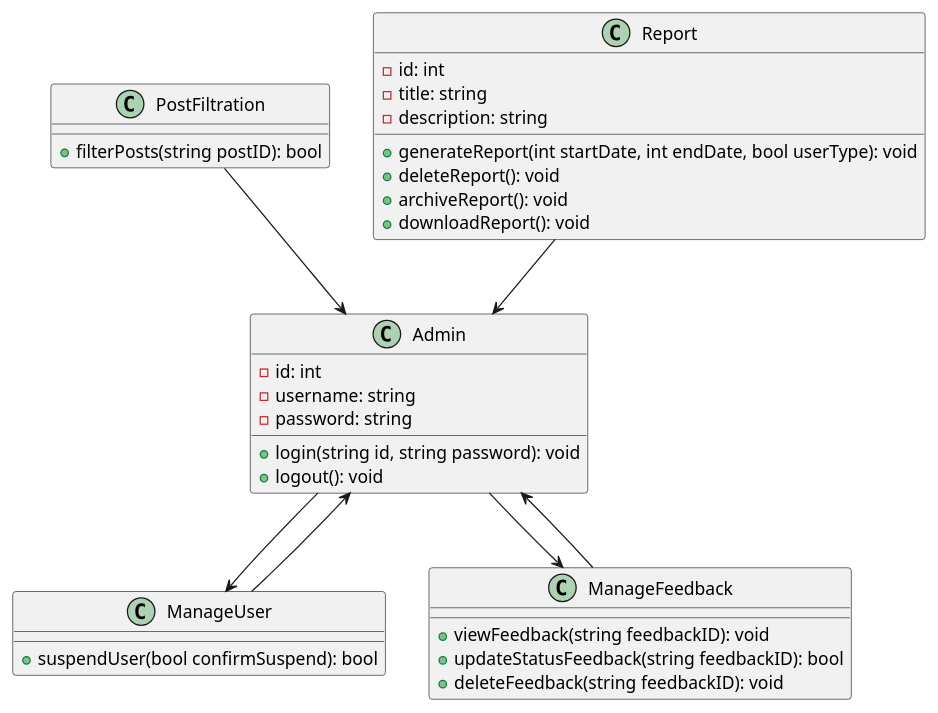
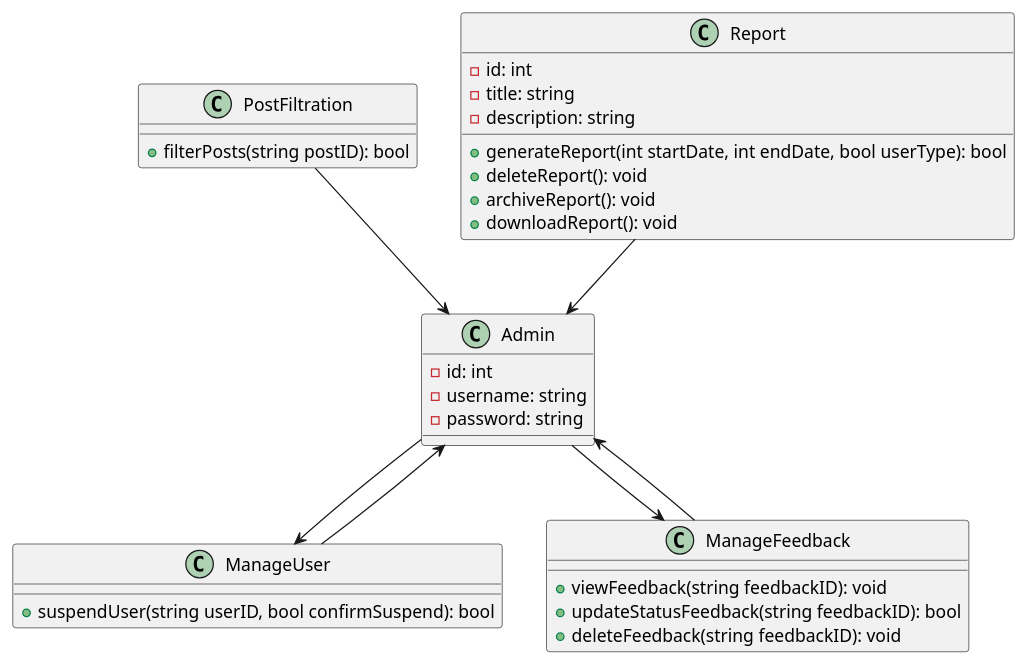
The diagram in project/drawio/Systema/SDD/AdminReportingModuke/admin_reporting_classdiagram.plantuml (drshahizan/software-engineering), drawn with PlantUML before and after one commit. The commit also changed 1 other file, not shown here.

```diff
--- a/project/drawio/Systema/SDD/AdminReportingModuke/admin_reporting_classdiagram.plantuml
+++ b/project/drawio/Systema/SDD/AdminReportingModuke/admin_reporting_classdiagram.plantuml
@@ -1,43 +1,40 @@
 @startuml admin_reporting_classdiagram
 class Admin {
     - id: int
     - username: string
     - password: string
-    + login(string id, string password): void
-    + logout(): void
   }
 
   class ManageUser {
-    + suspendUser(bool confirmSuspend): bool
+    + suspendUser(string userID, bool confirmSuspend): bool
   }
 
   class ManageFeedback {
     + viewFeedback(string feedbackID): void
     + updateStatusFeedback(string feedbackID): bool
     + deleteFeedback(string feedbackID): void
   }
-
-
 
   class PostFiltration {
     + filterPosts(string postID): bool
   }
 
   class Report {
     - id: int
     - title: string
     - description: string
-    + generateReport(int startDate, int endDate, bool userType): void
+    + generateReport(int startDate, int endDate, bool userType): bool
     + deleteReport(): void
     + archiveReport(): void
     + downloadReport(): void
   }
 
 
 Admin --> ManageUser
 Admin --> ManageFeedback
 ManageUser --> Admin
 ManageFeedback --> Admin
 PostFiltration --> Admin
 Report --> Admin
+
 @enduml 
```
